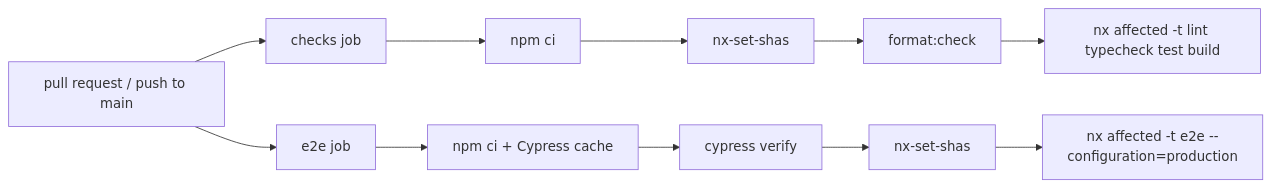
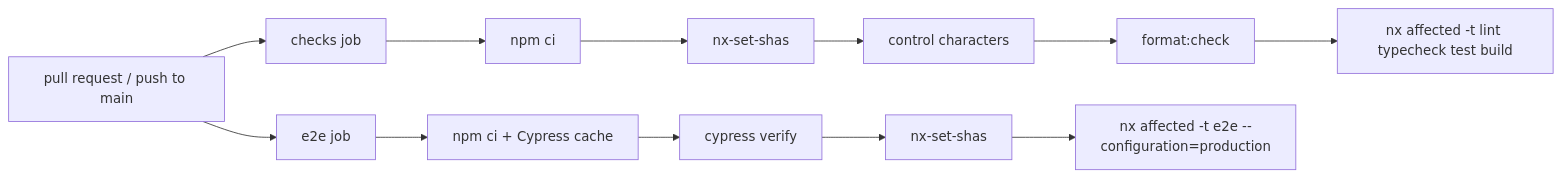
Before and after one commit to vadimkosenkov/angular-ionic-nx-mf-world-quiz: the diagram in docs/deployment/ci-cd.md, drawn with Mermaid. The commit also changed other lines of this file and 6 other files, not shown here.

````diff
--- a/docs/deployment/ci-cd.md
+++ b/docs/deployment/ci-cd.md
@@ -8,7 +8,7 @@
 ```mermaid
 flowchart LR
   PR[pull request / push to main] --> A[checks job]
   PR --> B[e2e job]
-  A --> A1[npm ci] --> A2[nx-set-shas] --> A3[format:check] --> A4["nx affected -t lint typecheck test build"]
+  A --> A1[npm ci] --> A2[nx-set-shas] --> A2b[control characters] --> A3[format:check] --> A4["nx affected -t lint typecheck test build"]
   B --> B1[npm ci + Cypress cache] --> B2[cypress verify] --> B3[nx-set-shas] --> B4["nx affected -t e2e --configuration=production"]
 ```
````
